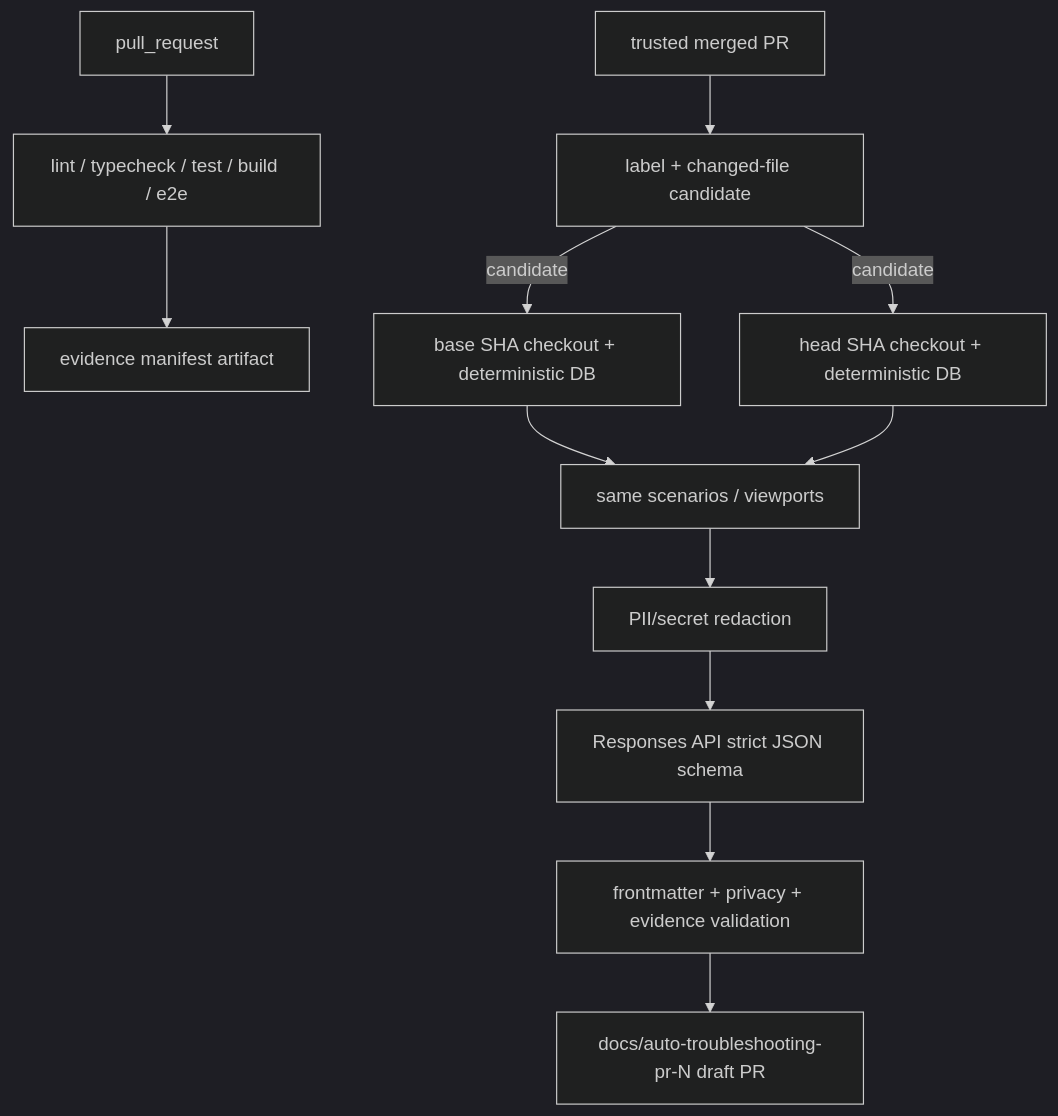
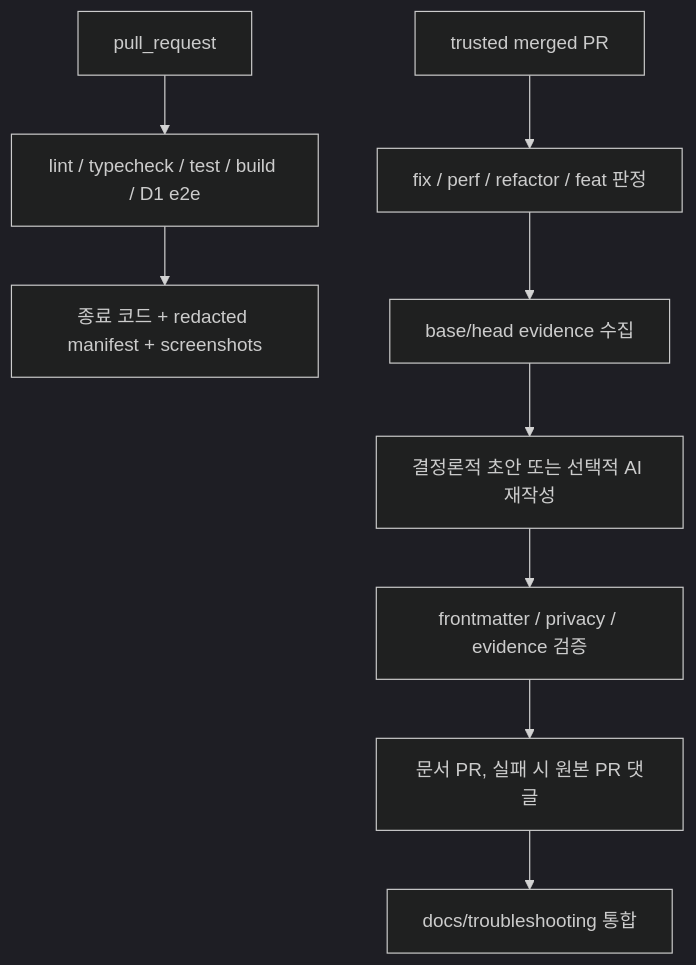
The diagram in docs/operations/troubleshooting-automation.md (edder773/careerground), drawn with Mermaid (dark theme) before and after one commit. The commit also changed other lines of this file and 92 other files, not shown here.

````diff
--- a/docs/operations/troubleshooting-automation.md
+++ b/docs/operations/troubleshooting-automation.md
@@ -5,14 +5,11 @@
 ```mermaid
 flowchart TD
-  PR["pull_request"] --> CI["lint / typecheck / test / build / e2e"]
-  CI --> M["evidence manifest artifact"]
-  Merge["trusted merged PR"] --> Judge["label + changed-file candidate"]
-  Judge -->|"candidate"| Before["base SHA checkout + deterministic DB"]
-  Judge -->|"candidate"| After["head SHA checkout + deterministic DB"]
-  Before --> Compare["same scenarios / viewports"]
-  After --> Compare
-  Compare --> Redact["PII/secret redaction"]
-  Redact --> AI["Responses API strict JSON schema"]
-  AI --> Validate["frontmatter + privacy + evidence validation"]
-  Validate --> DocsPR["docs/auto-troubleshooting-pr-N draft PR"]
+  PR["pull_request"] --> CI["lint / typecheck / test / build / D1 e2e"]
+  CI --> Evidence["종료 코드 + redacted manifest + screenshots"]
+  Merge["trusted merged PR"] --> Candidate["fix / perf / refactor / feat 판정"]
+  Candidate --> Collect["base/head evidence 수집"]
+  Collect --> Generate["결정론적 초안 또는 선택적 AI 재작성"]
+  Generate --> Validate["frontmatter / privacy / evidence 검증"]
+  Validate --> Publish["문서 PR, 실패 시 원본 PR 댓글"]
+  Publish --> Canonical["docs/troubleshooting 통합"]
 ```
````
